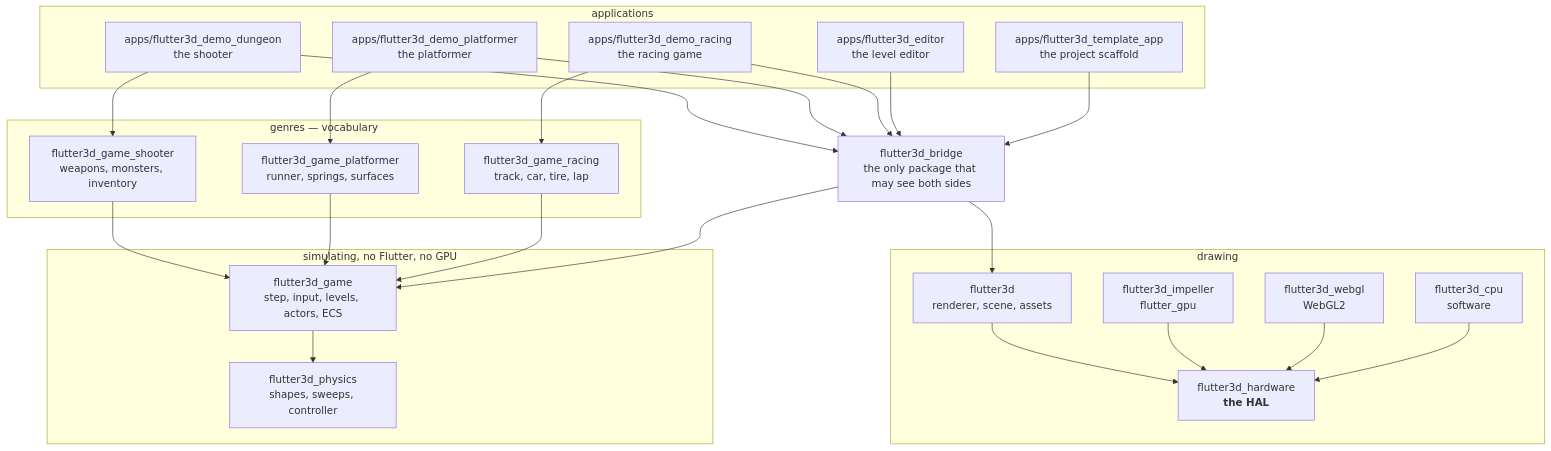
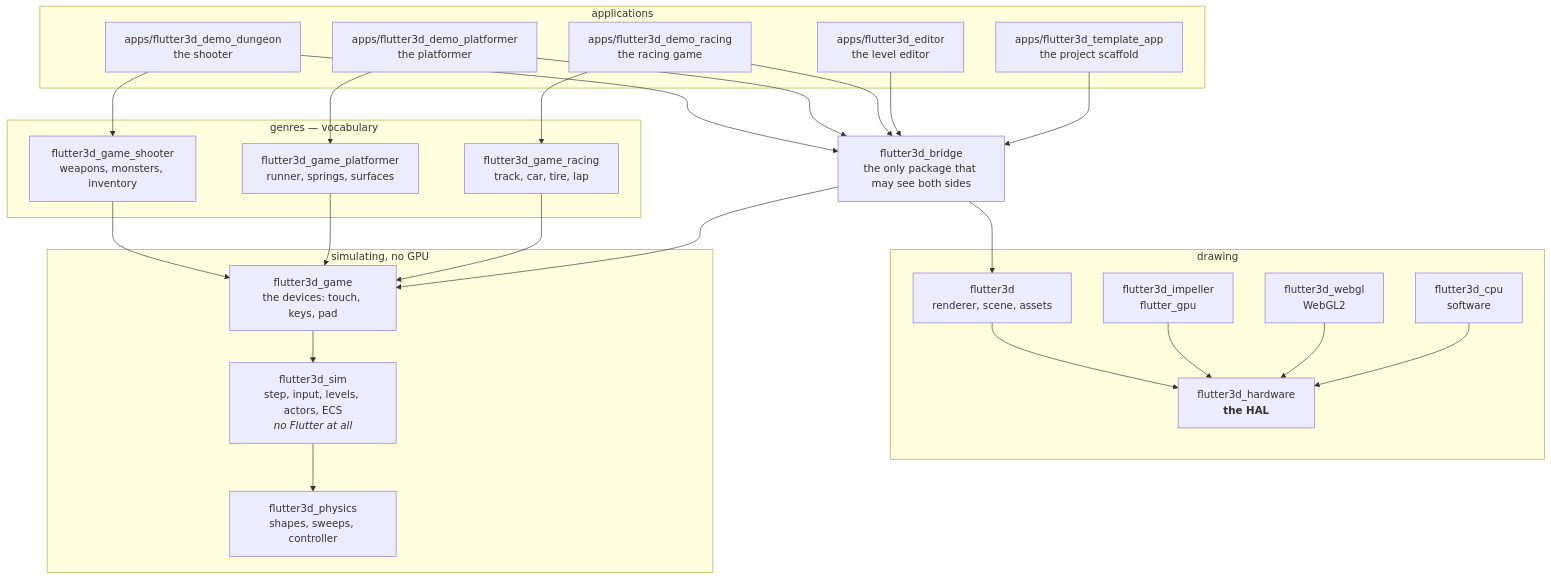
Before and after one commit to pleiondev/flutter3d: the diagram in site/content/index.md, drawn with Mermaid. The commit also changed other lines of this file and 9 other files, not shown here.

````diff
--- a/site/content/index.md
+++ b/site/content/index.md
@@ -76,46 +76,48 @@
 ```mermaid
 flowchart TB
   subgraph app["applications"]
     dungeon["apps/flutter3d_demo_dungeon<br>the shooter"]
     platformer["apps/flutter3d_demo_platformer<br>the platformer"]
     racing["apps/flutter3d_demo_racing<br>the racing game"]
     editor["apps/flutter3d_editor<br>the level editor"]
     templateApp["apps/flutter3d_template_app<br>the project scaffold"]
   end
 
   subgraph genre["genres — vocabulary"]
     shooter["flutter3d_game_shooter<br>weapons, monsters, inventory"]
     plat["flutter3d_game_platformer<br>runner, springs, surfaces"]
     race["flutter3d_game_racing<br>track, car, tire, lap"]
   end
 
   bridge["flutter3d_bridge<br>the only package that may see both sides"]
 
   subgraph draw["drawing"]
     f3d["flutter3d<br>renderer, scene, assets"]
     gfx["flutter3d_hardware<br><b>the HAL</b>"]
     impeller["flutter3d_impeller<br>flutter_gpu"]
     webgl["flutter3d_webgl<br>WebGL2"]
     cpu["flutter3d_cpu<br>software"]
   end
 
-  subgraph sim["simulating, no Flutter, no GPU"]
-    game["flutter3d_game<br>step, input, levels, actors, ECS"]
+  subgraph sim["simulating, no GPU"]
+    game["flutter3d_game<br>the devices: touch, keys, pad"]
+    simp["flutter3d_sim<br>step, input, levels, actors, ECS<br><i>no Flutter at all</i>"]
     physics["flutter3d_physics<br>shapes, sweeps, controller"]
   end
 
   dungeon --> shooter & bridge
   platformer --> plat & bridge
   racing --> race & bridge
   editor --> bridge
   templateApp --> bridge
   shooter --> game
   plat --> game
   race --> game
   bridge --> f3d & game
   f3d --> gfx
   impeller --> gfx
   webgl --> gfx
   cpu --> gfx
-  game --> physics
+  game --> simp
+  simp --> physics
 ```
````
